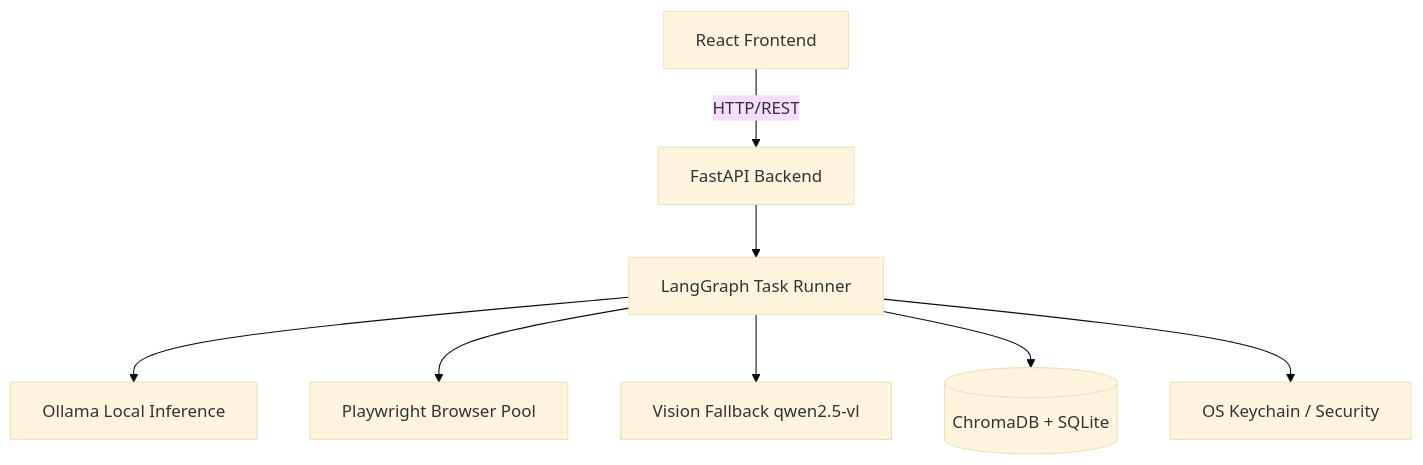
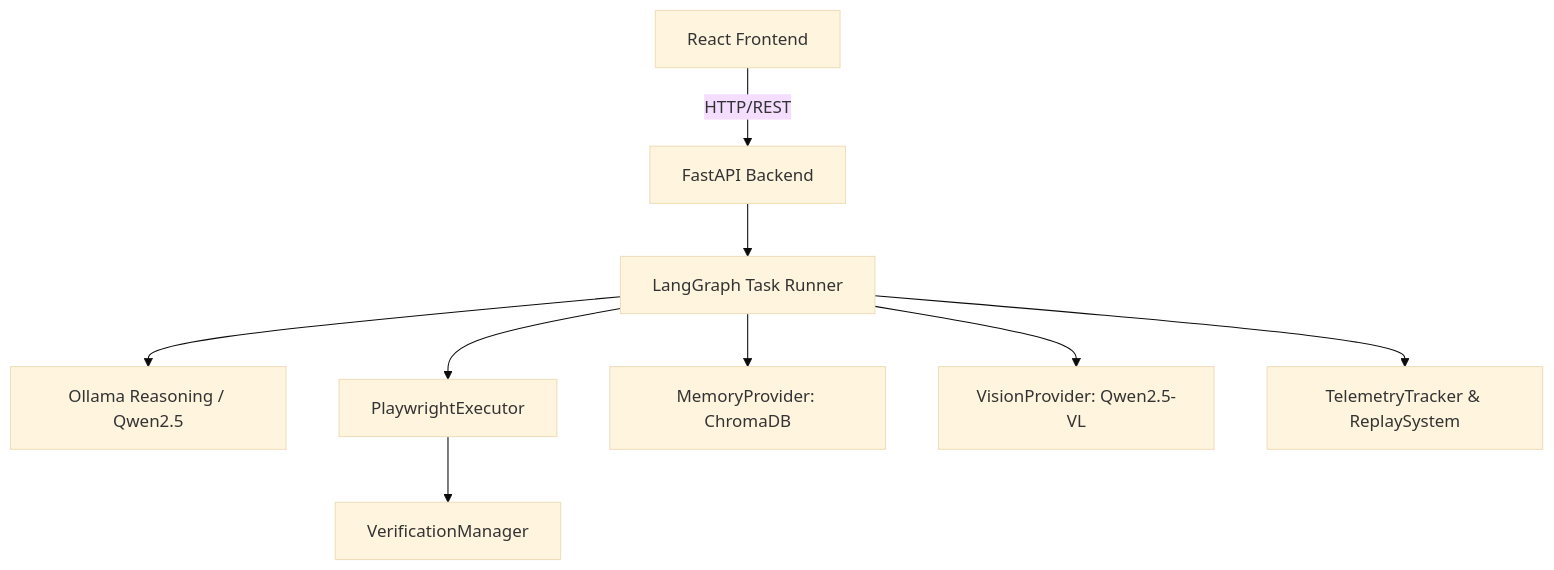
The diagram in README.md (sudeshsudhii/Agentic-Pilot), drawn with Mermaid (base theme) before and after one commit. The commit also changed other lines of this file and 3 other files, not shown here.

Commit message:
docs: update README with new architecture details and remove obsolete dev files

````diff
--- a/README.md
+++ b/README.md
@@ -20,10 +22,11 @@
 ```mermaid
 graph TD
     UI[React Frontend] -->|HTTP/REST| API[FastAPI Backend]
     API --> Agent[LangGraph Task Runner]
-    Agent --> LLM[Ollama Local Inference]
-    Agent --> Browser[Playwright Browser Pool]
-    Agent --> Vision[Vision Fallback qwen2.5-vl]
-    Agent --> DB[(ChromaDB + SQLite)]
-    Agent --> OS[OS Keychain / Security]
+    Agent --> Plan[Ollama Reasoning / Qwen2.5]
+    Agent --> Exec[PlaywrightExecutor]
+    Exec --> Ver[VerificationManager]
+    Agent --> Mem[MemoryProvider: ChromaDB]
+    Agent --> Vis[VisionProvider: Qwen2.5-VL]
+    Agent --> Tel[TelemetryTracker & ReplaySystem]
 ```
````
